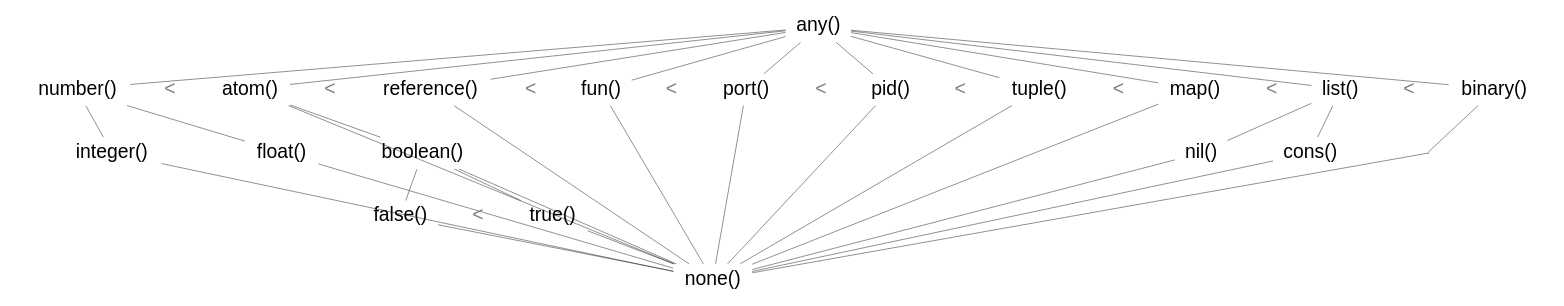
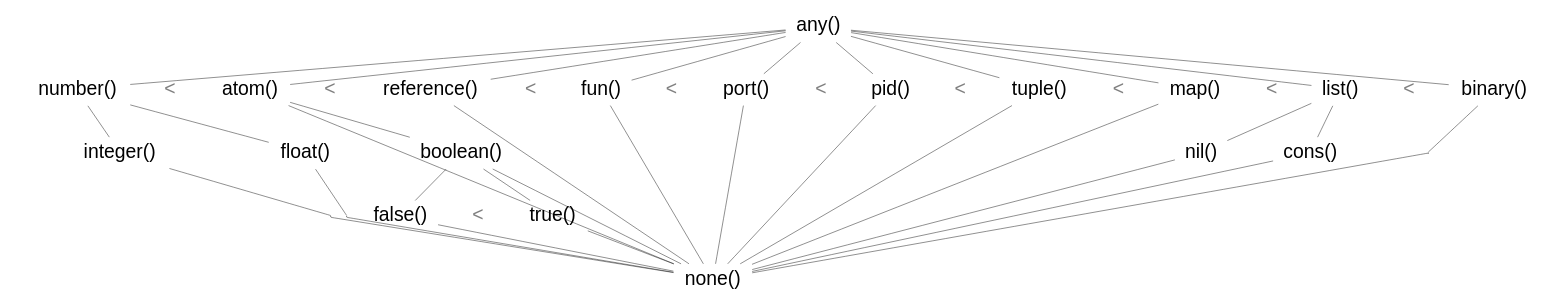
Before and after one commit to happi/theBeamBook: the diagram in chapters/type_system.asciidoc, drawn with Graphviz.

Commit message:
clean up type lattice

```diff
--- a/chapters/type_system.asciidoc
+++ b/chapters/type_system.asciidoc
@@ -57,6 +57,8 @@
   false[shape=plaintext, label="false()"];
   true[shape=plaintext, label="true()"];
   dummy0[shape=point, width=0.004];
+  dummy1[shape=point, width=0.004];
+  dummy2[shape=point, width=0.004];
   none[shape=plaintext, label="none()"];
   gt0[shape=plaintext, label="<" fontcolor=gray];
   gt1[shape=plaintext, label="<" fontcolor=gray];
@@ -79,7 +81,7 @@
   subgraph cluster_2 {
     style=invis
     {rank=same gt9 true, false}
-    false -> gt9 -> true
+    dummy1 dummy2 false -> gt9 -> true
     [color=transparent arrowhead=none labelcolor=gray];
   }
 
@@ -100,8 +102,10 @@
   list->cons[dir=none];
   any->binary[dir=none];
   binary->dummy0[dir=none];
-  integer->none[dir=none];
-  float->none[dir=none];
+  integer->dummy1[dir=none];
+  dummy1->none[dir=none];
+  float->dummy2[dir=none];
+  dummy2->none[dir=none];
   atom->none[dir=none];
   boolean->false[dir=none];
   boolean->true[dir=none];
```
